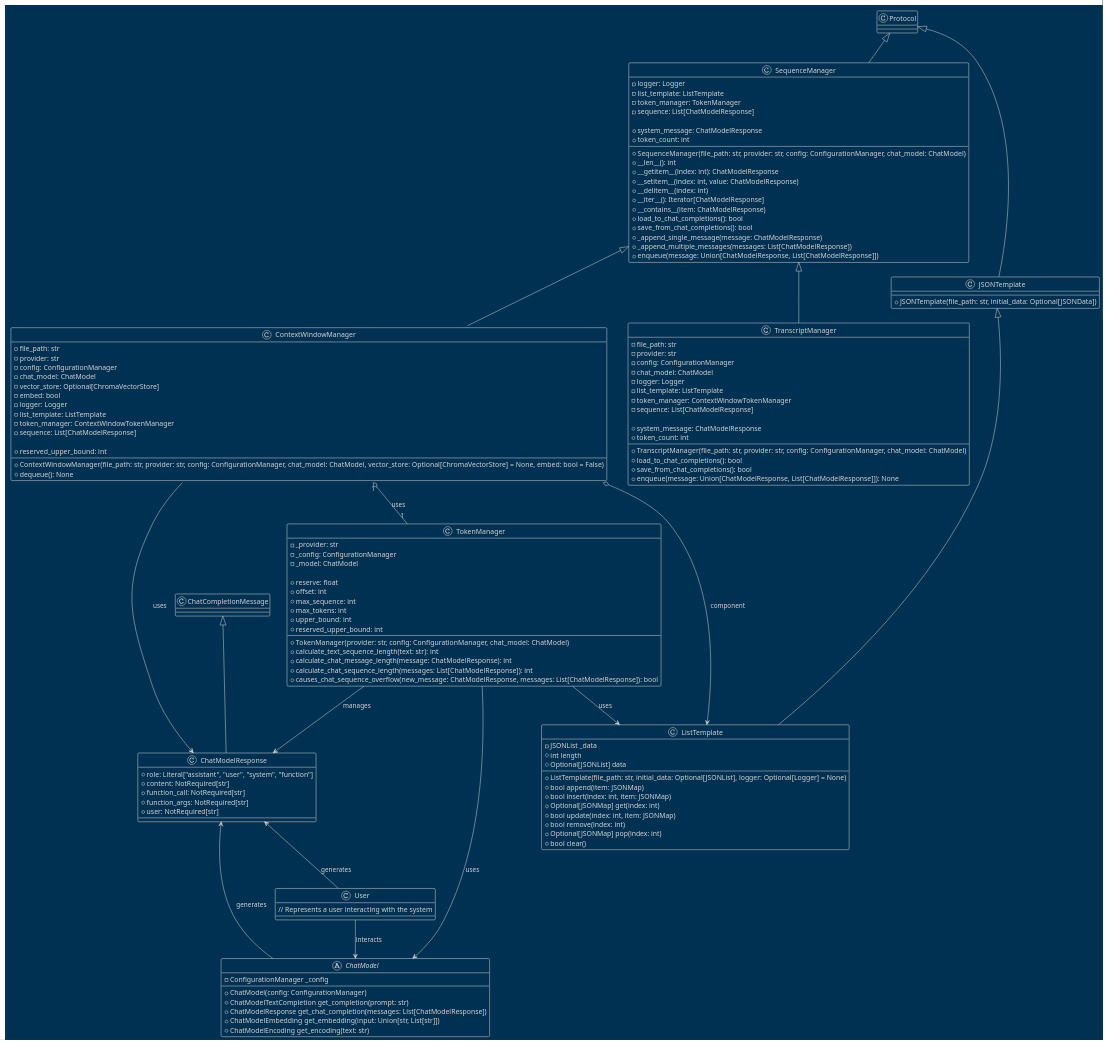
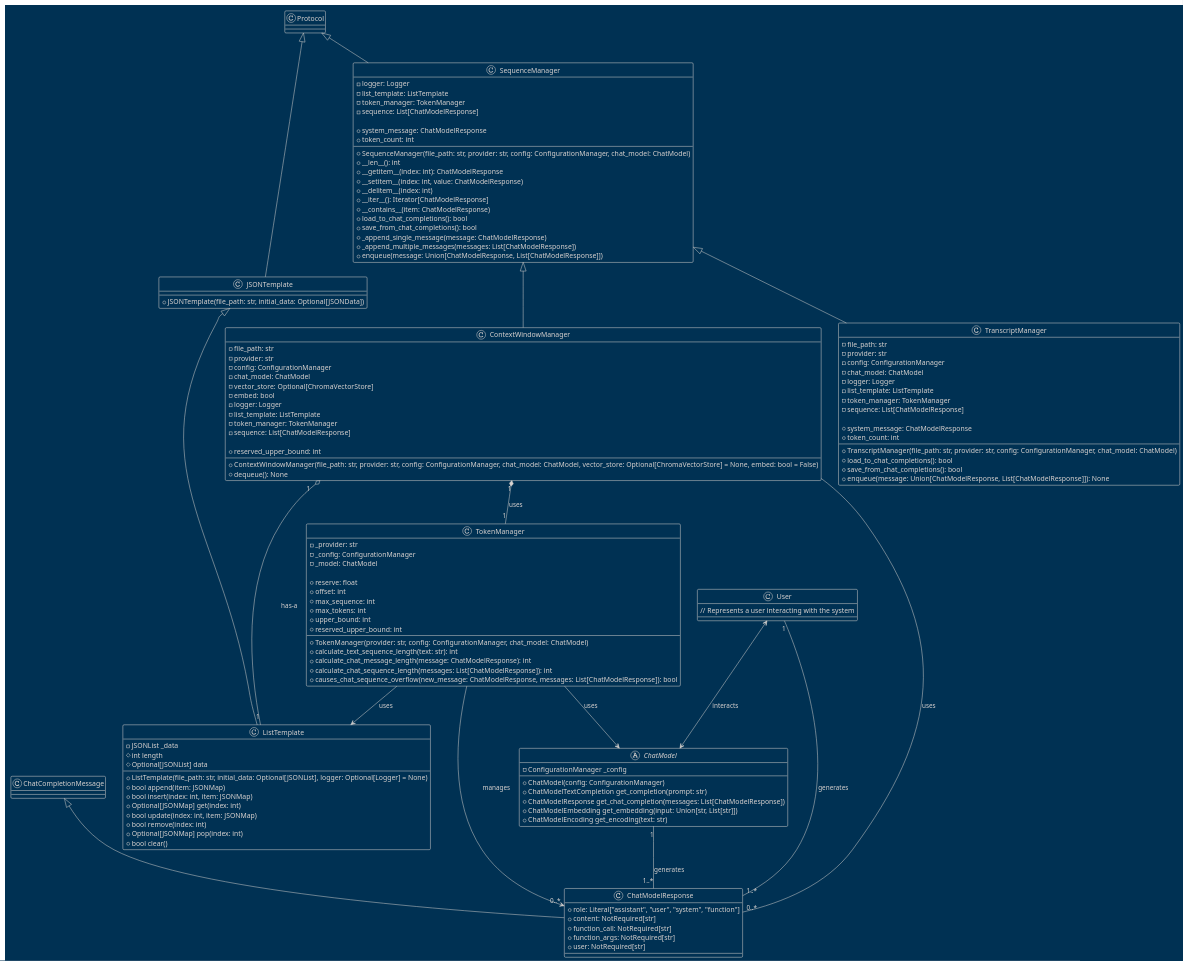
Before and after one commit to teleprint-me/py.gpt.prompt: the diagram in docs/diagrams/plantuml/SequenceManager.puml, drawn with PlantUML.

Commit message:
docs/plantuml: Update SequenceManager relationships
- Updated relationships to ensure consistency in associations.
- Corrected relationships for ContextWindowManager and TokenManager.
- Added bidirectional association between User and ChatModel.
- Clarified associations between ChatModel, ChatModelResponse, and User.
- Indicated that ContextWindowManager has-a ListTemplate.
- Improved the TokenManager relationships with ChatModelResponse.
- Optional: Added relationships for Logger, JSONTemplate, and ListTemplate.

This commit enhances the clarity and consistency of relationships in the SequenceManager UML diagram.

```diff
--- a/docs/diagrams/plantuml/SequenceManager.puml
+++ b/docs/diagrams/plantuml/SequenceManager.puml
@@ -1,135 +1,155 @@
 @startuml SequenceManager
 !theme blueprint
 
 ' docs/diagrams/plantuml/token_manager.puml
 
 class ChatModelResponse extends ChatCompletionMessage {
     + role: Literal["assistant", "user", "system", "function"]
     + content: NotRequired[str]
     + function_call: NotRequired[str]
     + function_args: NotRequired[str]
     + user: NotRequired[str]
 }
 
 abstract class ChatModel {
     - ConfigurationManager _config
     + ChatModel(config: ConfigurationManager)
     + ChatModelTextCompletion get_completion(prompt: str)
     + ChatModelResponse get_chat_completion(messages: List[ChatModelResponse])
     + ChatModelEmbedding get_embedding(input: Union[str, List[str]])
     + ChatModelEncoding get_encoding(text: str)
 }
 
 class JSONTemplate extends Protocol {
     ' Template class for managing JSON sources
     + JSONTemplate(file_path: str, initial_data: Optional[JSONData])
 }
 
 class ListTemplate extends JSONTemplate {
     ' A template class for managing a list of dictionaries in JSON files.
     - JSONList _data
     + ListTemplate(file_path: str, initial_data: Optional[JSONList], logger: Optional[Logger] = None)
     # int length
     # Optional[JSONList] data
     + bool append(item: JSONMap)
     + bool insert(index: int, item: JSONMap)
     + Optional[JSONMap] get(index: int)
     + bool update(index: int, item: JSONMap)
     + bool remove(index: int)
     + Optional[JSONMap] pop(index: int)
     + bool clear()
 }
 
 class TokenManager {
     - _provider: str
     - _config: ConfigurationManager
     - _model: ChatModel
 
     + TokenManager(provider: str, config: ConfigurationManager, chat_model: ChatModel)
     + reserve: float
     + offset: int
     + max_sequence: int
     + max_tokens: int
     + upper_bound: int
     + reserved_upper_bound: int
     + calculate_text_sequence_length(text: str): int
     + calculate_chat_message_length(message: ChatModelResponse): int
     + calculate_chat_sequence_length(messages: List[ChatModelResponse]): int
     + causes_chat_sequence_overflow(new_message: ChatModelResponse, messages: List[ChatModelResponse]): bool
 }
 
 class SequenceManager extends Protocol {
     - logger: Logger
     - list_template: ListTemplate
     - token_manager: TokenManager
     - sequence: List[ChatModelResponse]
 
     + SequenceManager(file_path: str, provider: str, config: ConfigurationManager, chat_model: ChatModel)
     + __len__(): int
     + __getitem__(index: int): ChatModelResponse
     + __setitem__(index: int, value: ChatModelResponse)
     + __delitem__(index: int)
     + __iter__(): Iterator[ChatModelResponse]
     + __contains__(item: ChatModelResponse)
     + system_message: ChatModelResponse
     + token_count: int
     + load_to_chat_completions(): bool
     + save_from_chat_completions(): bool
     + _append_single_message(message: ChatModelResponse)
     + _append_multiple_messages(messages: List[ChatModelResponse])
     + enqueue(message: Union[ChatModelResponse, List[ChatModelResponse]])
 }
 
 class TranscriptManager extends SequenceManager {
     - file_path: str
     - provider: str
     - config: ConfigurationManager
     - chat_model: ChatModel
     - logger: Logger
     - list_template: ListTemplate
-    - token_manager: ContextWindowTokenManager
+    - token_manager: TokenManager
     - sequence: List[ChatModelResponse]
 
     + TranscriptManager(file_path: str, provider: str, config: ConfigurationManager, chat_model: ChatModel)
     + system_message: ChatModelResponse
     + token_count: int
     + load_to_chat_completions(): bool
     + save_from_chat_completions(): bool
     + enqueue(message: Union[ChatModelResponse, List[ChatModelResponse]]): None
 }
 
 class ContextWindowManager extends SequenceManager {
     - file_path: str
     - provider: str
     - config: ConfigurationManager
     - chat_model: ChatModel
     - vector_store: Optional[ChromaVectorStore]
     - embed: bool
     - logger: Logger
     - list_template: ListTemplate
-    - token_manager: ContextWindowTokenManager
+    - token_manager: TokenManager
     - sequence: List[ChatModelResponse]
 
     + ContextWindowManager(file_path: str, provider: str, config: ConfigurationManager, chat_model: ChatModel, vector_store: Optional[ChromaVectorStore] = None, embed: bool = False)
     + reserved_upper_bound: int
     + dequeue(): None
 }
 
 class User {
     // Represents a user interacting with the system
 }
 
-User --> ChatModel : interacts
+' UML diagram relationships
 
-ChatModelResponse <-- ChatModel : generates
-ChatModelResponse <-- User : generates
+' User and ChatModel have a bidirectional association
+User <--> ChatModel : interacts
 
-ContextWindowManager "1" o-- "1" TokenManager : uses
-ContextWindowManager --> ChatModelResponse : uses
-ContextWindowManager::_list_template o--> ListTemplate : component
+' ChatModel and ChatModelResponse are tightly coupled
+ChatModel "1" -- "1..*" ChatModelResponse : generates
+User "1" -- "1..*" ChatModelResponse : generates
 
+' ContextWindowManager has a composition relationship with TokenManager
+ContextWindowManager "1" *-- "1" TokenManager : uses
+
+' ContextWindowManager uses ChatModelResponse
+ContextWindowManager -- "0..*" ChatModelResponse : uses
+
+' ListTemplate is a component of ContextWindowManager
+ContextWindowManager "1" o-- "1" ListTemplate : has-a
+
+' TokenManager has a unidirectional association with ChatModel and ListTemplate
 TokenManager --> ChatModel : uses
-TokenManager --> ChatModelResponse : manages
 TokenManager --> ListTemplate : uses
 
+' TokenManager manages tokens in ChatModelResponse
+TokenManager --> "0..*" ChatModelResponse : manages
+
+' Optional: Add logger relationship (if applicable)
+' Logger class would be linked to classes that use it
+' Logger <.. ContextWindowManager : logs
+' Logger <.. TokenManager : logs
+
+' Optional: JSONTemplate and ListTemplate relationship (if applicable)
+' JSONTemplate <|-- ListTemplate : extends
+
 @enduml
```
